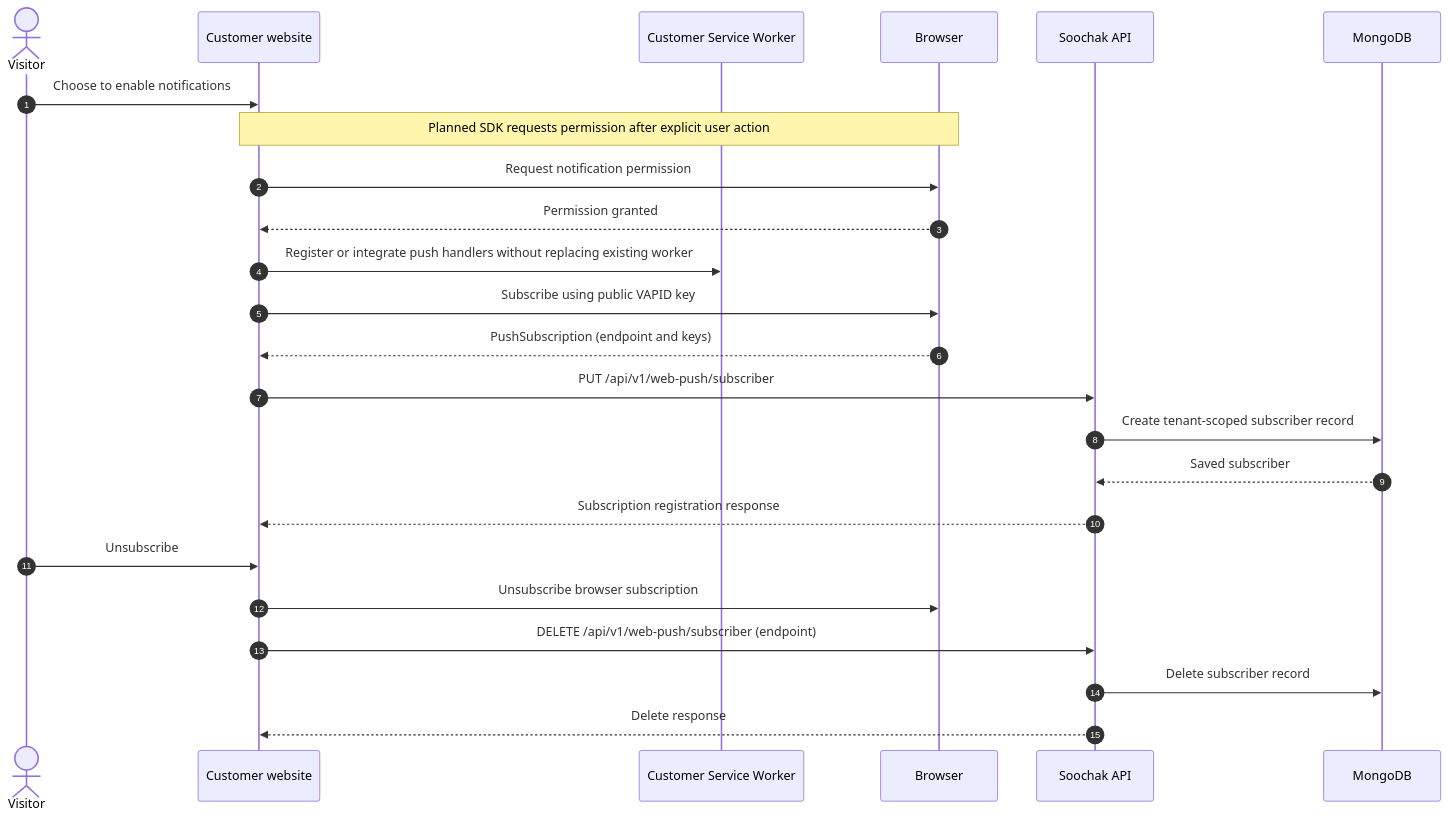
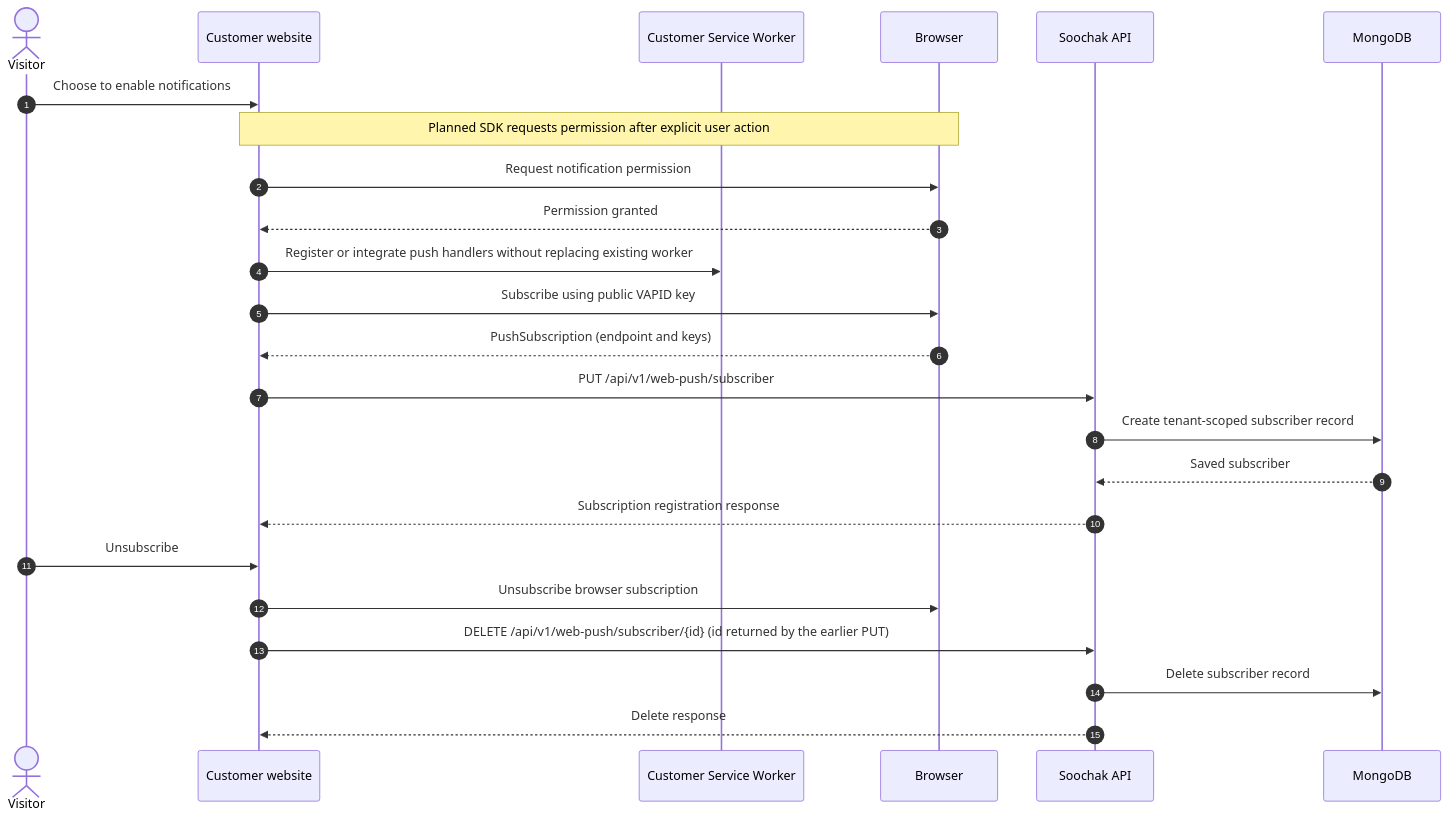
The third of 4 diagrams in docs/sequence.md (bizBandhan/soochak), drawn with Mermaid before and after one commit. The commit also changed 24 other files, not shown here.

````diff
--- a/docs/sequence.md
+++ b/docs/sequence.md
@@ -98,28 +98,28 @@
 ```mermaid
 sequenceDiagram
     autonumber
     actor Visitor
     participant Site as Customer website
     participant SW as Customer Service Worker
     participant Browser
     participant API as Soochak API
     participant DB as MongoDB
 
     Visitor->>Site: Choose to enable notifications
     Note over Site,Browser: Planned SDK requests permission after explicit user action
     Site->>Browser: Request notification permission
     Browser-->>Site: Permission granted
     Site->>SW: Register or integrate push handlers without replacing existing worker
     Site->>Browser: Subscribe using public VAPID key
     Browser-->>Site: PushSubscription (endpoint and keys)
     Site->>API: PUT /api/v1/web-push/subscriber
     API->>DB: Create tenant-scoped subscriber record
     DB-->>API: Saved subscriber
     API-->>Site: Subscription registration response
 
     Visitor->>Site: Unsubscribe
     Site->>Browser: Unsubscribe browser subscription
-    Site->>API: DELETE /api/v1/web-push/subscriber (endpoint)
+    Site->>API: DELETE /api/v1/web-push/subscriber/{id} (id returned by the earlier PUT)
     API->>DB: Delete subscriber record
     API-->>Site: Delete response
 ```
````
